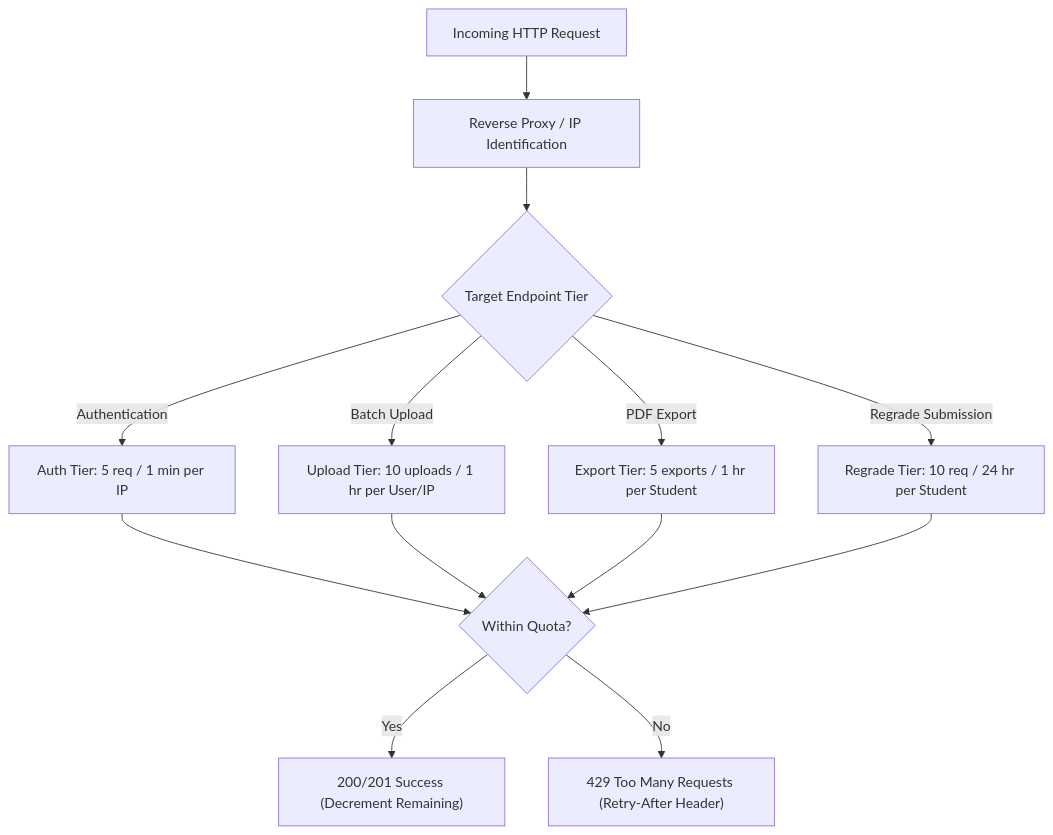
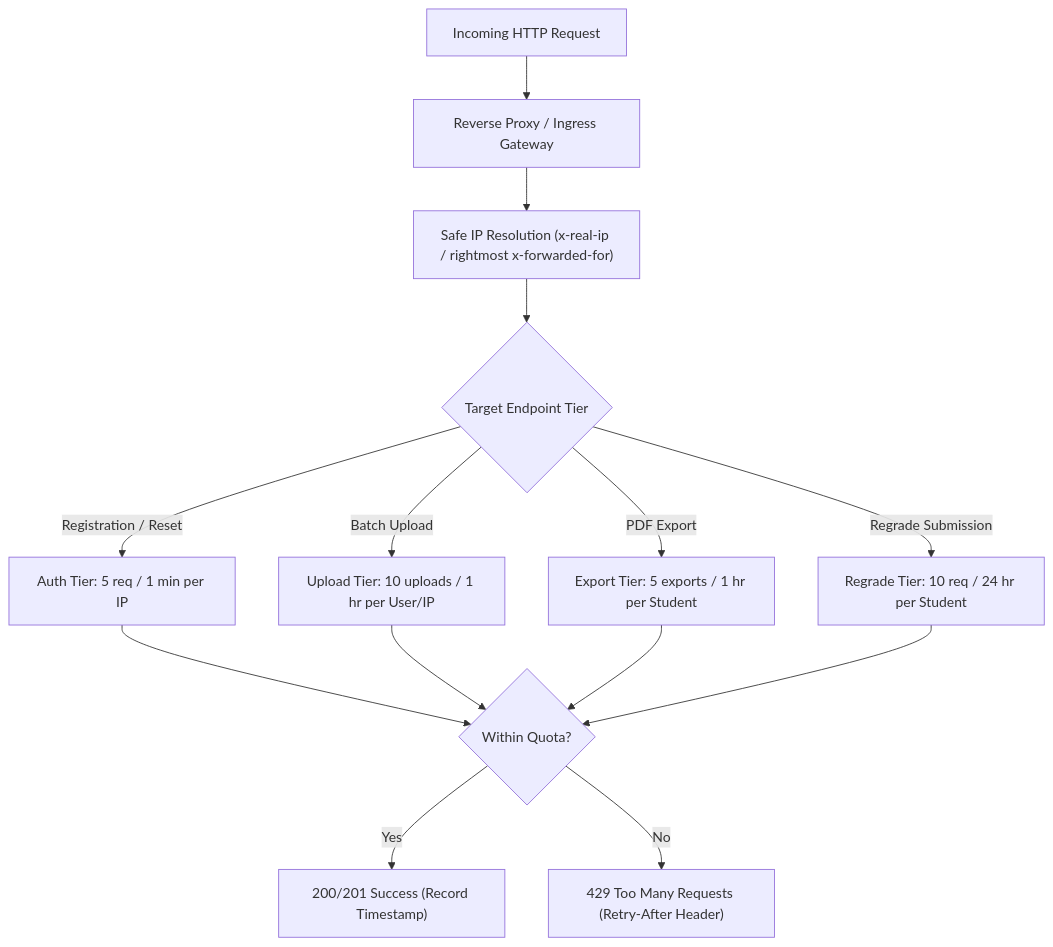
The diagram in docs/RATE_LIMITING_VALIDATION.md (Aarathi1535/assignment_evaluation-IIIT-Hyd), drawn with Mermaid before and after one commit. The commit also changed other lines of this file and 8 other files, not shown here.

Commit message:
fix(security): wire rate limiting into auth routes, prevent memory leak, safe IP resolution, and document Cloud Run gap analysis

````diff
--- a/docs/RATE_LIMITING_VALIDATION.md
+++ b/docs/RATE_LIMITING_VALIDATION.md
@@ -19,18 +19,19 @@
 ```mermaid
 flowchart TD
-    Client["Incoming HTTP Request"] --> Proxy["Reverse Proxy / IP Identification"]
-    Proxy --> RouteCheck{"Target Endpoint Tier"}
+    Client["Incoming HTTP Request"] --> Proxy["Reverse Proxy / Ingress Gateway"]
+    Proxy --> HeaderExtract["Safe IP Resolution (x-real-ip / rightmost x-forwarded-for)"]
+    HeaderExtract --> RouteCheck{"Target Endpoint Tier"}
 
-    RouteCheck -->|Authentication| AuthLimit["Auth Tier: 5 req / 1 min per IP"]
+    RouteCheck -->|Registration / Reset| AuthLimit["Auth Tier: 5 req / 1 min per IP"]
     RouteCheck -->|Batch Upload| UploadLimit["Upload Tier: 10 uploads / 1 hr per User/IP"]
     RouteCheck -->|PDF Export| ExportLimit["Export Tier: 5 exports / 1 hr per Student"]
     RouteCheck -->|Regrade Submission| RegradeLimit["Regrade Tier: 10 req / 24 hr per Student"]
 
     AuthLimit --> CheckLimit{"Within Quota?"}
     UploadLimit --> CheckLimit
     ExportLimit --> CheckLimit
     RegradeLimit --> CheckLimit
 
-    CheckLimit -->|Yes| Allow["200/201 Success (Decrement Remaining)"]
+    CheckLimit -->|Yes| Allow["200/201 Success (Record Timestamp)"]
     CheckLimit -->|No| Reject["429 Too Many Requests (Retry-After Header)"]
 ```
````
